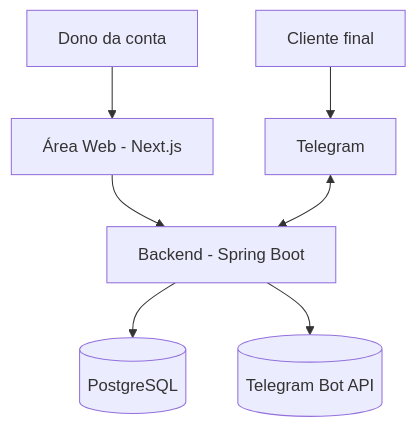
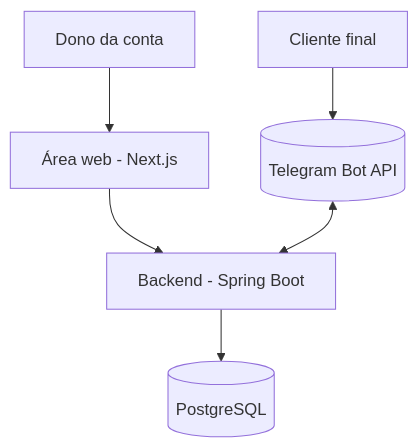
Before and after one commit to Vinicius-Souza-Rodrigues/gerenciador-atendimentos: the first of 2 diagrams in ARCHITECTURE.md, drawn with Mermaid. The commit also changed other lines of this file and 143 other files, not shown here.

````diff
--- a/ARCHITECTURE.md
+++ b/ARCHITECTURE.md
@@ -15,9 +17,8 @@
 ```mermaid
 graph TD
-    Dono[Dono da conta] --> Web[Área Web - Next.js]
-    Cliente[Cliente final] --> TG[Telegram]
+    Dono[Dono da conta] --> Web[Área web - Next.js]
+    Cliente[Cliente final] --> TG[(Telegram Bot API)]
     Web --> API[Backend - Spring Boot]
     TG <--> API
     API --> DB[(PostgreSQL)]
-    API --> TGAPI[(Telegram Bot API)]
 ```
````
